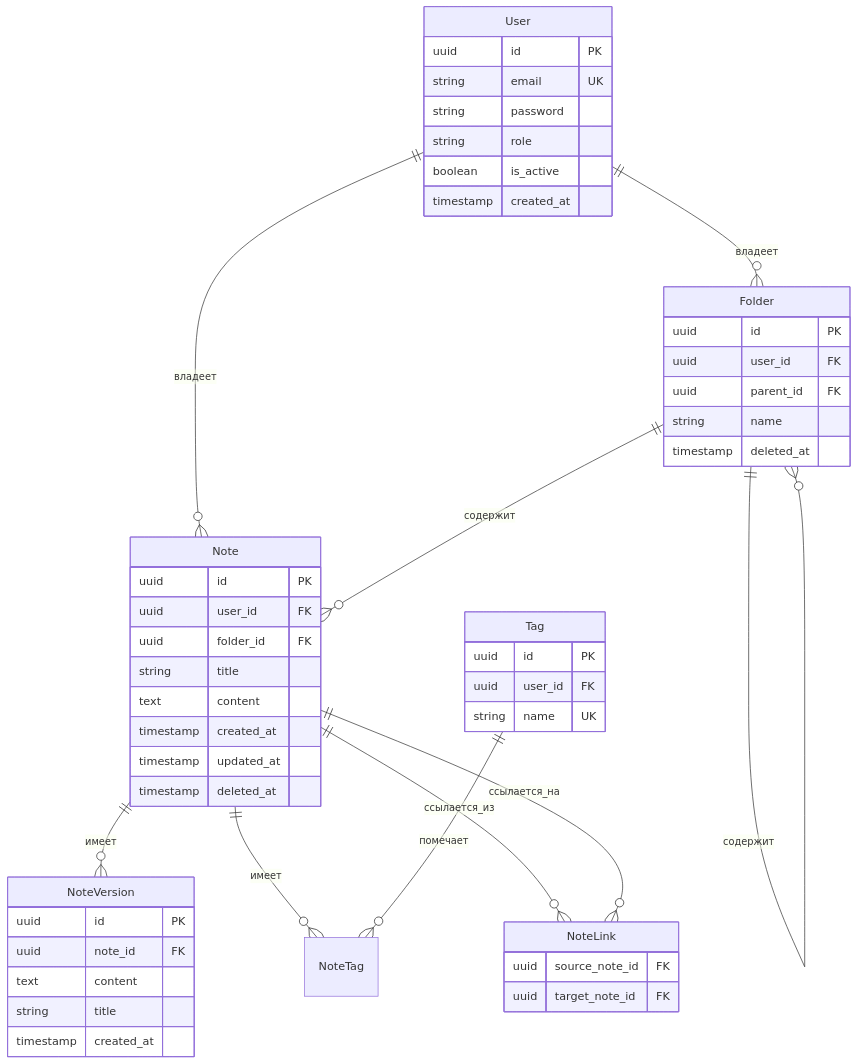
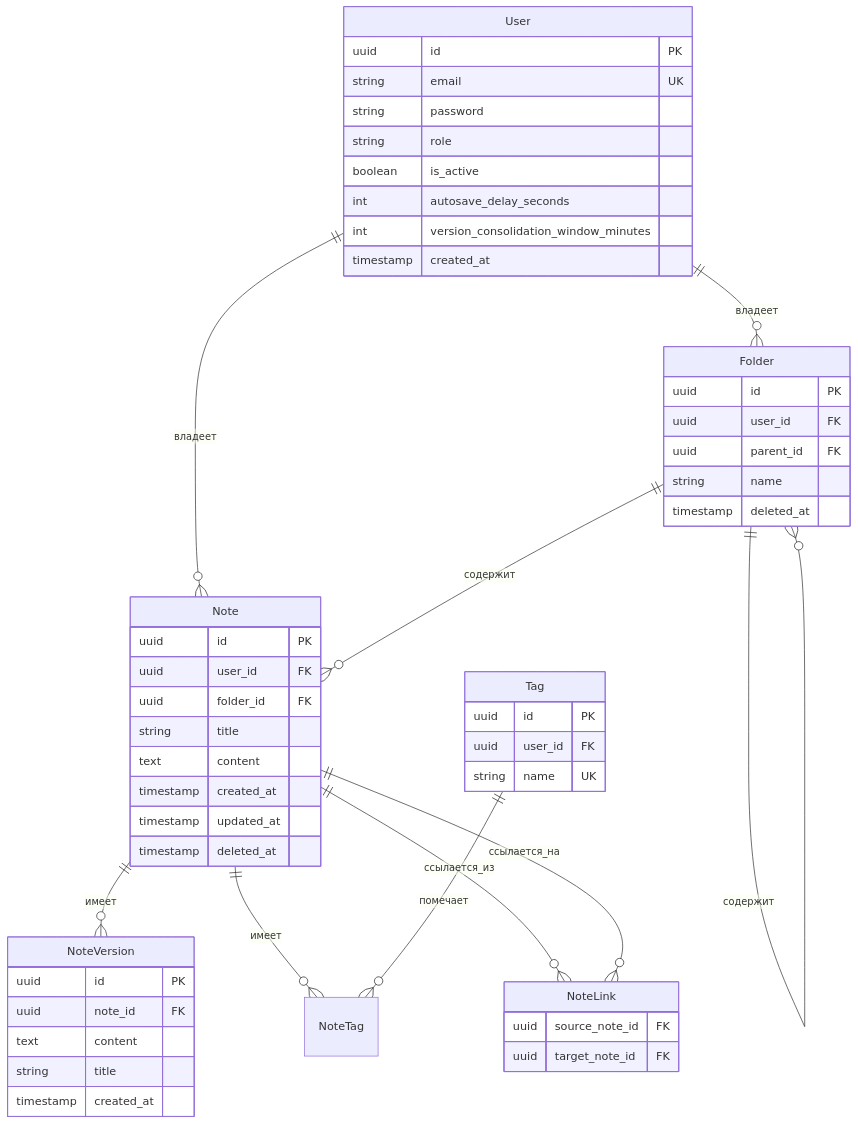
The second of 2 diagrams in ARCHITECTURE.md (anton-test-otus/otus-ai-app), drawn with Mermaid before and after one commit. The commit also changed other lines of this file and 31 other files, not shown here.

Commit message:
Phase 6.2 Added user options for autosave and version creation

````diff
--- a/ARCHITECTURE.md
+++ b/ARCHITECTURE.md
@@ -63,59 +63,61 @@
 ```mermaid
 erDiagram
     User ||--o{ Note : владеет
     User ||--o{ Folder : владеет
     Folder ||--o{ Folder : содержит
     Folder ||--o{ Note : содержит
     Note ||--o{ NoteVersion : имеет
     Note ||--o{ NoteTag : имеет
     Tag ||--o{ NoteTag : помечает
     Note ||--o{ NoteLink : ссылается_из
     Note ||--o{ NoteLink : ссылается_на
 
     User {
         uuid id PK
         string email UK
         string password
         string role
         boolean is_active
+        int autosave_delay_seconds
+        int version_consolidation_window_minutes
         timestamp created_at
     }
     
     Folder {
         uuid id PK
         uuid user_id FK
         uuid parent_id FK
         string name
         timestamp deleted_at
     }
     
     Note {
         uuid id PK
         uuid user_id FK
         uuid folder_id FK
         string title
         text content
         timestamp created_at
         timestamp updated_at
         timestamp deleted_at
     }
     
     NoteVersion {
         uuid id PK
         uuid note_id FK
         text content
         string title
         timestamp created_at
     }
     
     Tag {
         uuid id PK
         uuid user_id FK
         string name UK
     }
     
     NoteLink {
         uuid source_note_id FK
         uuid target_note_id FK
     }
 ```
````
